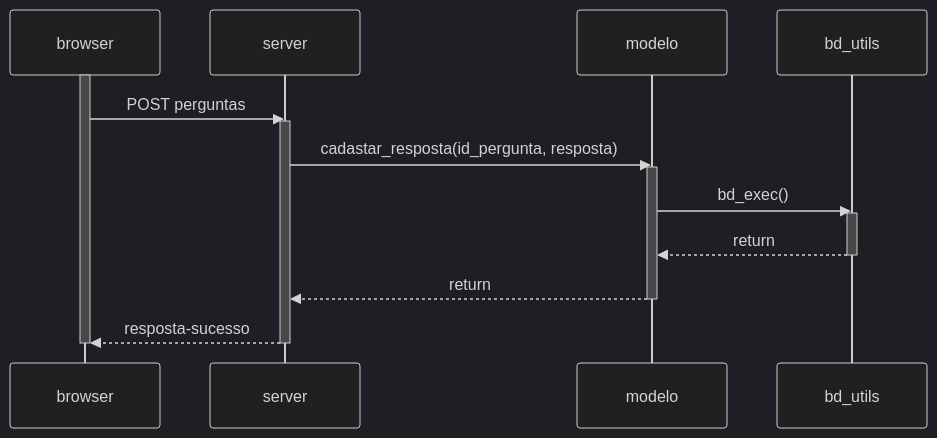
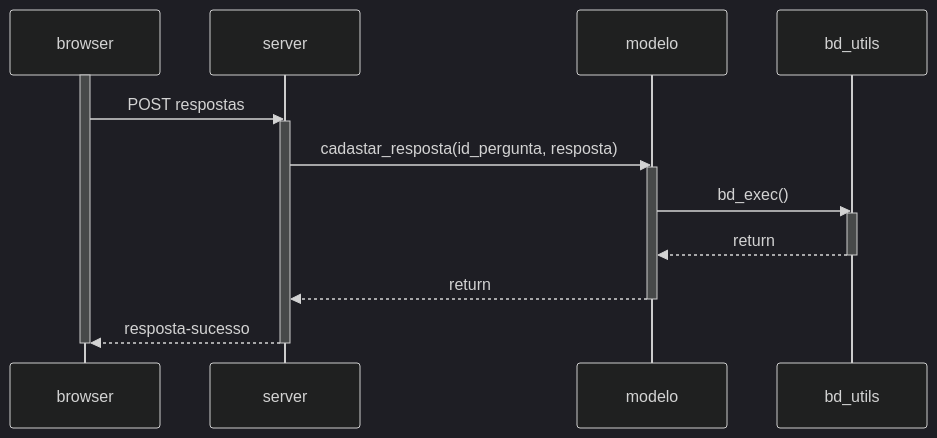
One commit to mtov/esmforum changed the fourth of 4 diagrams in docs/uml.md. Above: the diagram before and after it, drawn with Mermaid (dark theme).

````diff
--- a/docs/uml.md
+++ b/docs/uml.md
@@ -82,17 +82,17 @@
 ```mermaid
     sequenceDiagram
         activate browser
-	browser->>server: POST perguntas 
+	browser->>server: POST respostas
         activate server
         server->>modelo: cadastar_resposta(id_pergunta, resposta)
         activate modelo
         modelo->>bd_utils: bd_exec()
         activate bd_utils
         bd_utils-->>modelo: return
         deactivate bd_utils
         modelo-->>server: return
         deactivate modelo
 	server-->>browser: resposta-sucesso
 	deactivate server
 	deactivate browser
 ```	
````
